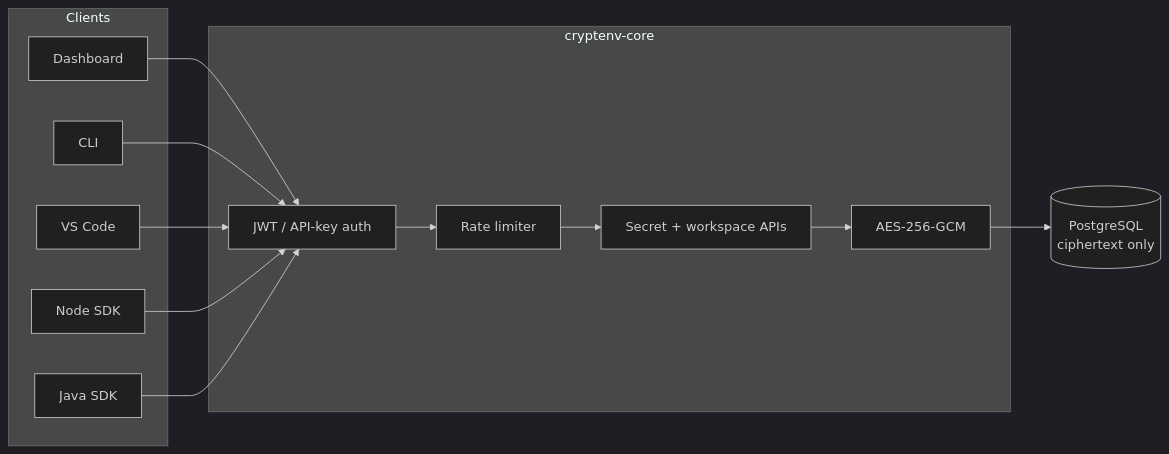
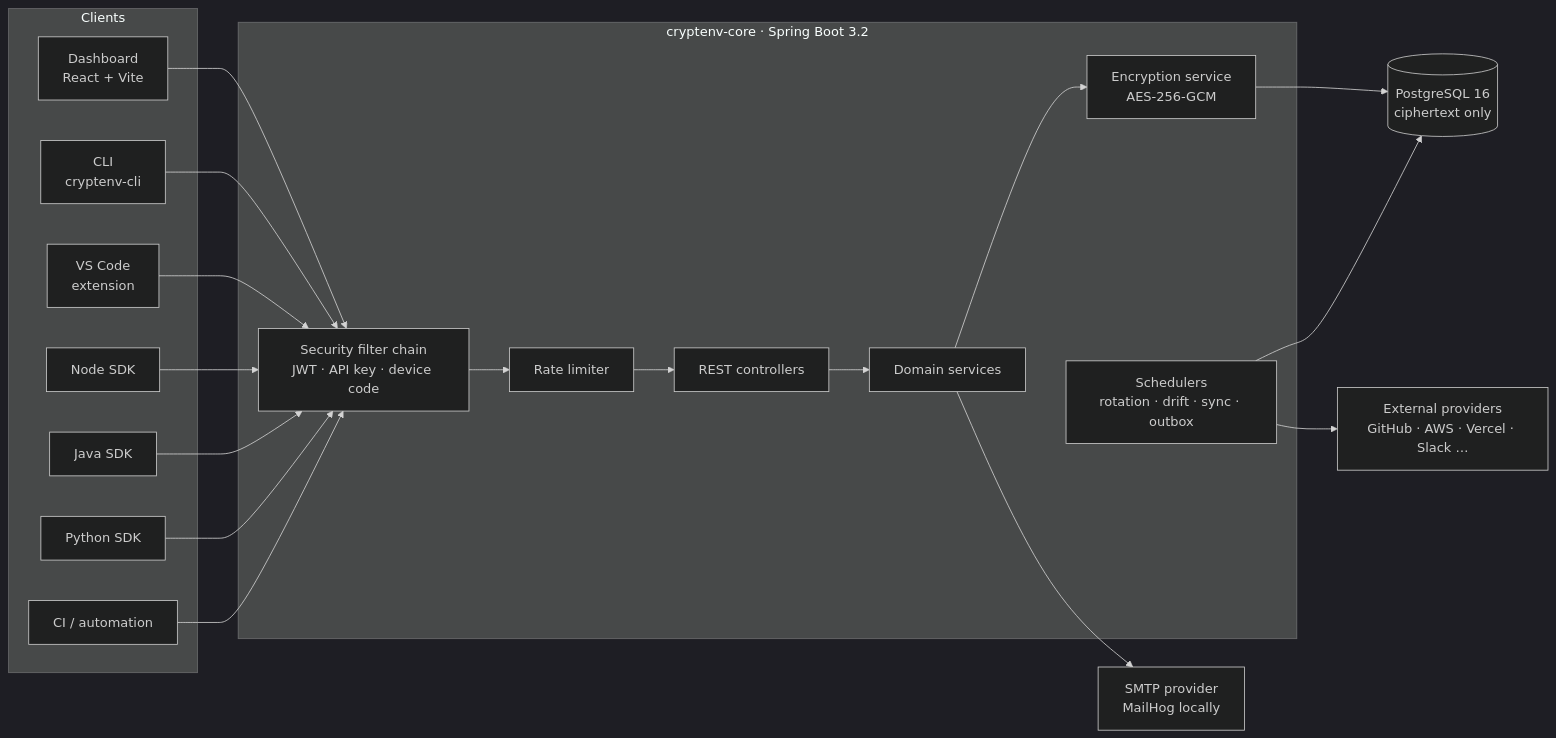
Before and after one commit to maheshshinde9100/CryptEnv: the first of 12 diagrams in README.md, drawn with Mermaid (dark theme). The commit also changed other lines of this file, not shown here.

Commit message:
docs: rewrite the README with architecture, data, and flow diagrams

````diff
--- a/README.md
+++ b/README.md
@@ -64,26 +110,38 @@
 ```mermaid
 flowchart LR
   subgraph Clients
-    D[Dashboard]
-    C[CLI]
-    V[VS Code]
-    N[Node SDK]
-    J[Java SDK]
+    D["Dashboard<br/>React + Vite"]
+    C["CLI<br/>cryptenv-cli"]
+    V["VS Code<br/>extension"]
+    N["Node SDK"]
+    J["Java SDK"]
+    P["Python SDK"]
+    CI["CI / automation"]
   end
 
-  subgraph Core["cryptenv-core"]
-    A[JWT / API-key auth]
-    R[Rate limiter]
-    S[Secret + workspace APIs]
-    E[AES-256-GCM]
+  subgraph Core["cryptenv-core · Spring Boot 3.2"]
+    SEC["Security filter chain<br/>JWT · API key · device code"]
+    RL["Rate limiter"]
+    API["REST controllers"]
+    SVC["Domain services"]
+    CRY["Encryption service<br/>AES-256-GCM"]
+    JOBS["Schedulers<br/>rotation · drift · sync · outbox"]
   end
 
-  DB[(PostgreSQL<br/>ciphertext only)]
+  DB[("PostgreSQL 16<br/>ciphertext only")]
+  SMTP["SMTP provider<br/>MailHog locally"]
+  PROV["External providers<br/>GitHub · AWS · Vercel · Slack …"]
 
-  D --> A
-  C --> A
-  V --> A
-  N --> A
-  J --> A
-  A --> R --> S --> E --> DB
+  D --> SEC
+  C --> SEC
+  V --> SEC
+  N --> SEC
+  J --> SEC
+  P --> SEC
+  CI --> SEC
+  SEC --> RL --> API --> SVC
+  SVC --> CRY --> DB
+  JOBS --> DB
+  SVC --> SMTP
+  JOBS --> PROV
 ```
````
